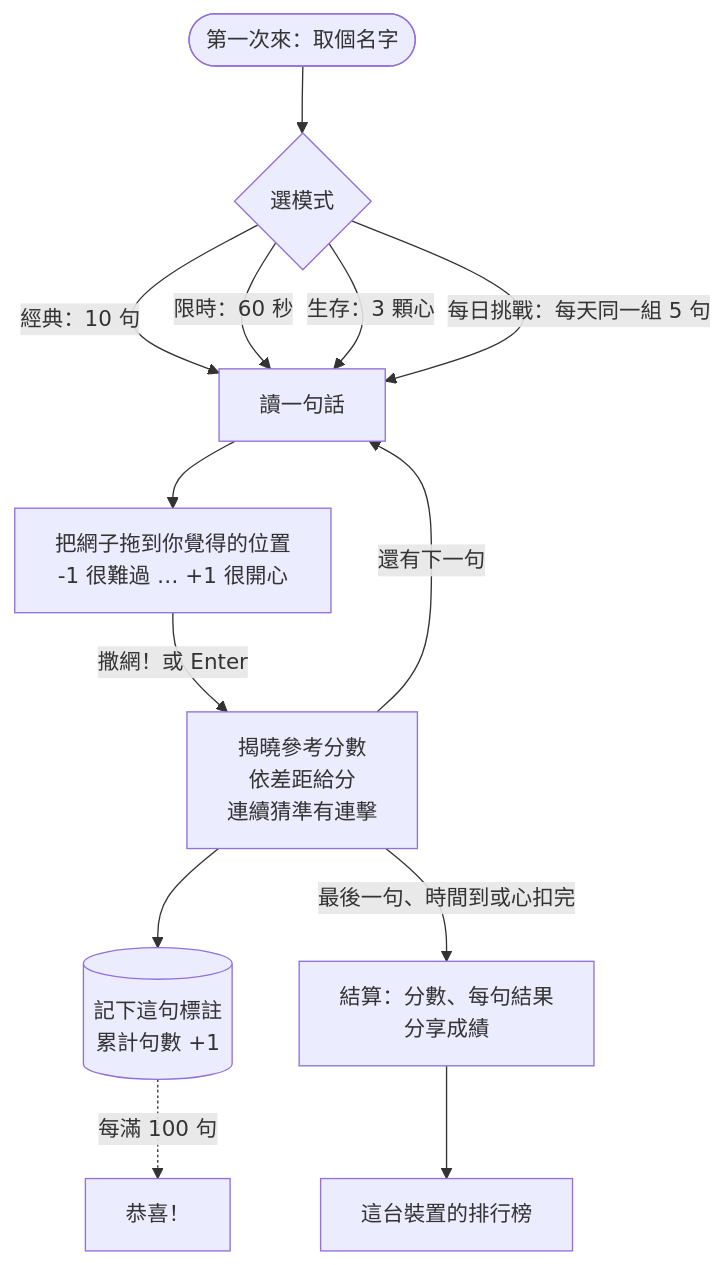
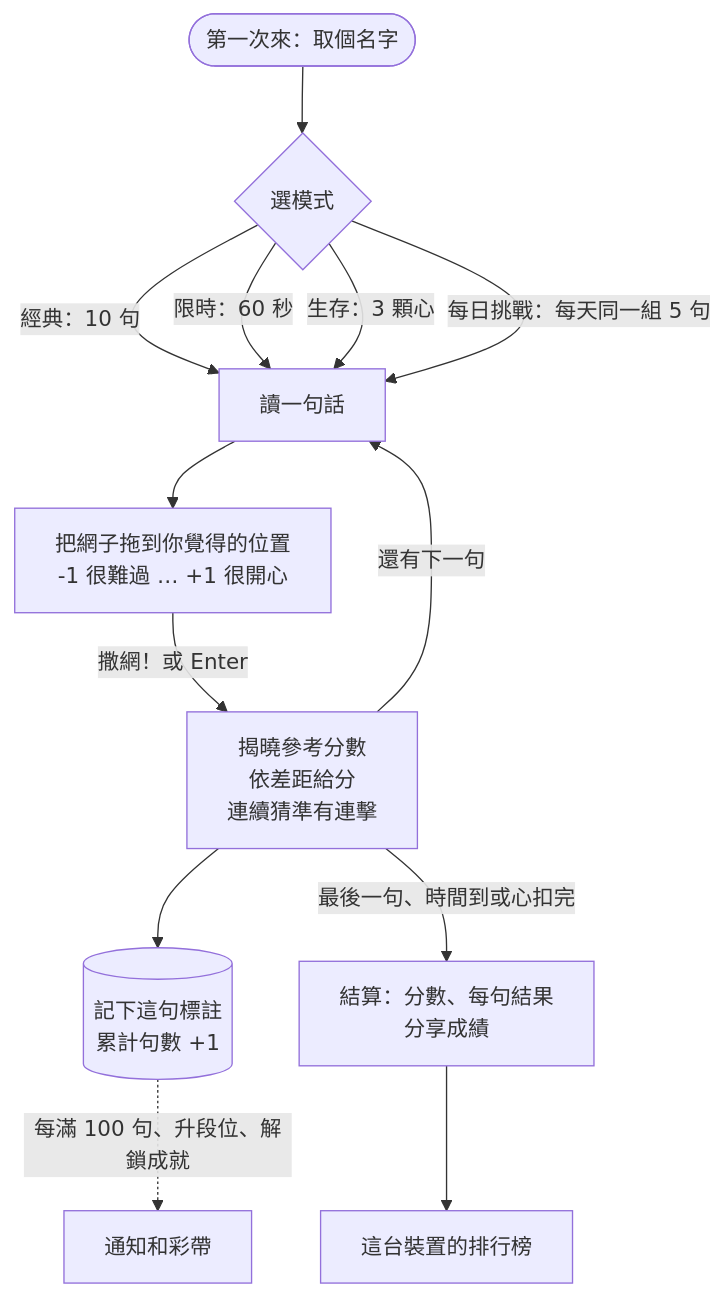
The diagram in README.md (NatLee/word-net-game), drawn with Mermaid before and after one commit. The commit also changed other lines of this file and 18 other files, not shown here.

````diff
--- a/README.md
+++ b/README.md
@@ -90,15 +96,15 @@
 ```mermaid
 flowchart TD
   start([第一次來：取個名字]) --> pick{選模式}
   pick -->|經典：10 句| read
   pick -->|限時：60 秒| read
   pick -->|生存：3 顆心| read
   pick -->|每日挑戰：每天同一組 5 句| read
   read[讀一句話] --> cast[把網子拖到你覺得的位置<br/>-1 很難過 … +1 很開心]
   cast -->|撒網！或 Enter| reveal[揭曉參考分數<br/>依差距給分<br/>連續猜準有連擊]
   reveal --> record[(記下這句標註<br/>累計句數 +1)]
-  record -.->|每滿 100 句| party[恭喜！]
+  record -.->|每滿 100 句、升段位、解鎖成就| party[通知和彩帶]
   reveal -->|還有下一句| read
   reveal -->|最後一句、時間到或心扣完| summary[結算：分數、每句結果<br/>分享成績]
   summary --> board[這台裝置的排行榜]
 ```
````
